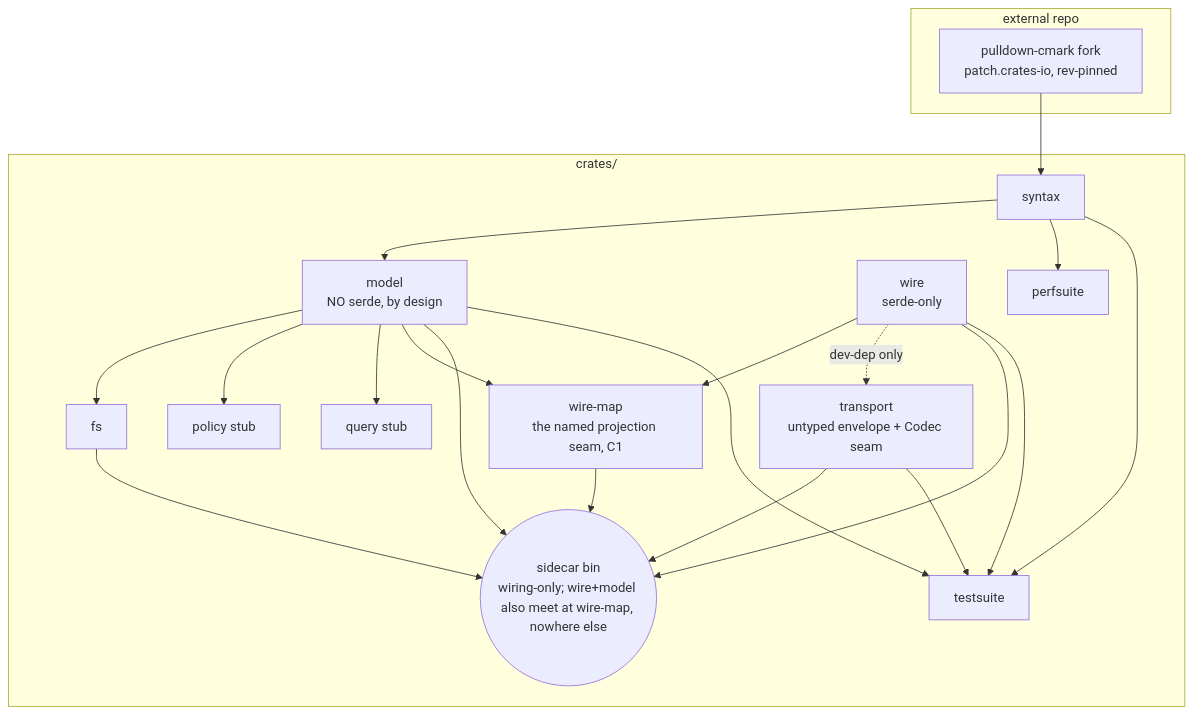
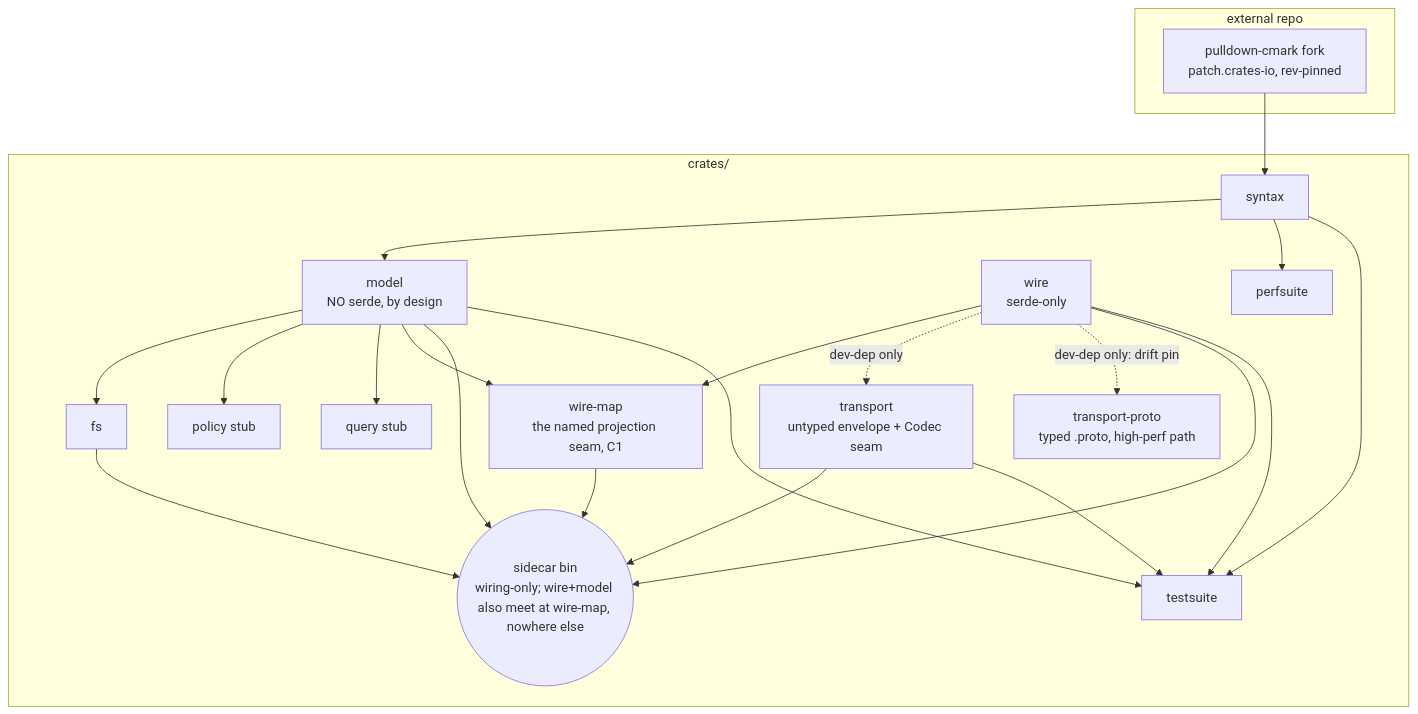
Before and after one commit to caoer/meridian-rs: the diagram in README.md, drawn with Mermaid. The commit also changed other lines of this file and 13 other files, not shown here.

````diff
--- a/README.md
+++ b/README.md
@@ -58,34 +59,36 @@
 ```mermaid
 graph TD
     subgraph external repo
         PD[pulldown-cmark fork<br/>patch.crates-io, rev-pinned]
     end
     subgraph crates/
         SYN[syntax]
         MOD[model<br/>NO serde, by design]
         FS[fs]
         WIRE[wire<br/>serde-only]
         WMAP[wire-map<br/>the named projection seam, C1]
         TR[transport<br/>untyped envelope + Codec seam]
+        TRP[transport-proto<br/>typed .proto, high-perf path]
         POL[policy stub]
         QRY[query stub]
         SC((sidecar bin<br/>wiring-only; wire+model also meet at wire-map, nowhere else))
         TS[testsuite]
         BM[perfsuite]
     end
     PD --> SYN
     SYN --> MOD
     MOD --> FS
     MOD --> POL
     MOD --> QRY
     MOD --> WMAP
     WIRE --> WMAP
     WIRE -. dev-dep only .-> TR
+    WIRE -. dev-dep only: drift pin .-> TRP
     TR --> SC
     MOD --> SC
     FS --> SC
     WIRE --> SC
     WMAP --> SC
     SYN --> BM
     SYN & MOD & WIRE & TR --> TS
 ```
````
